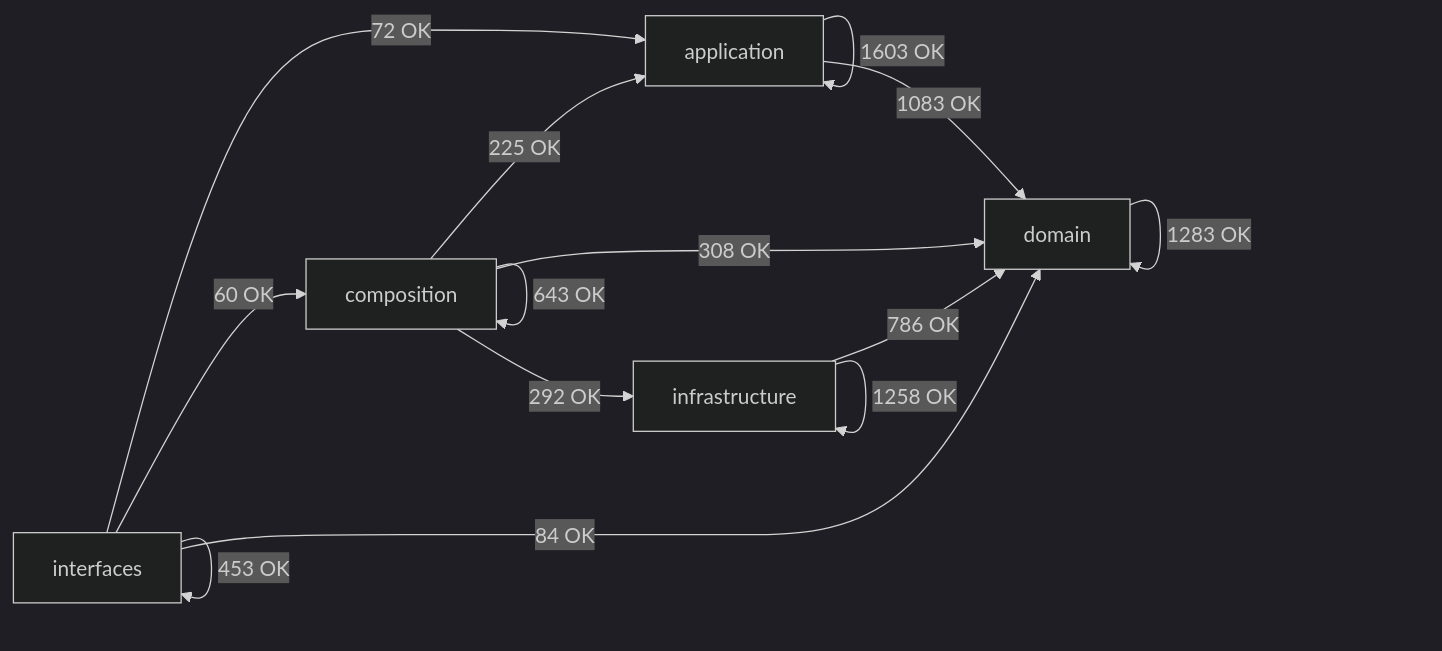
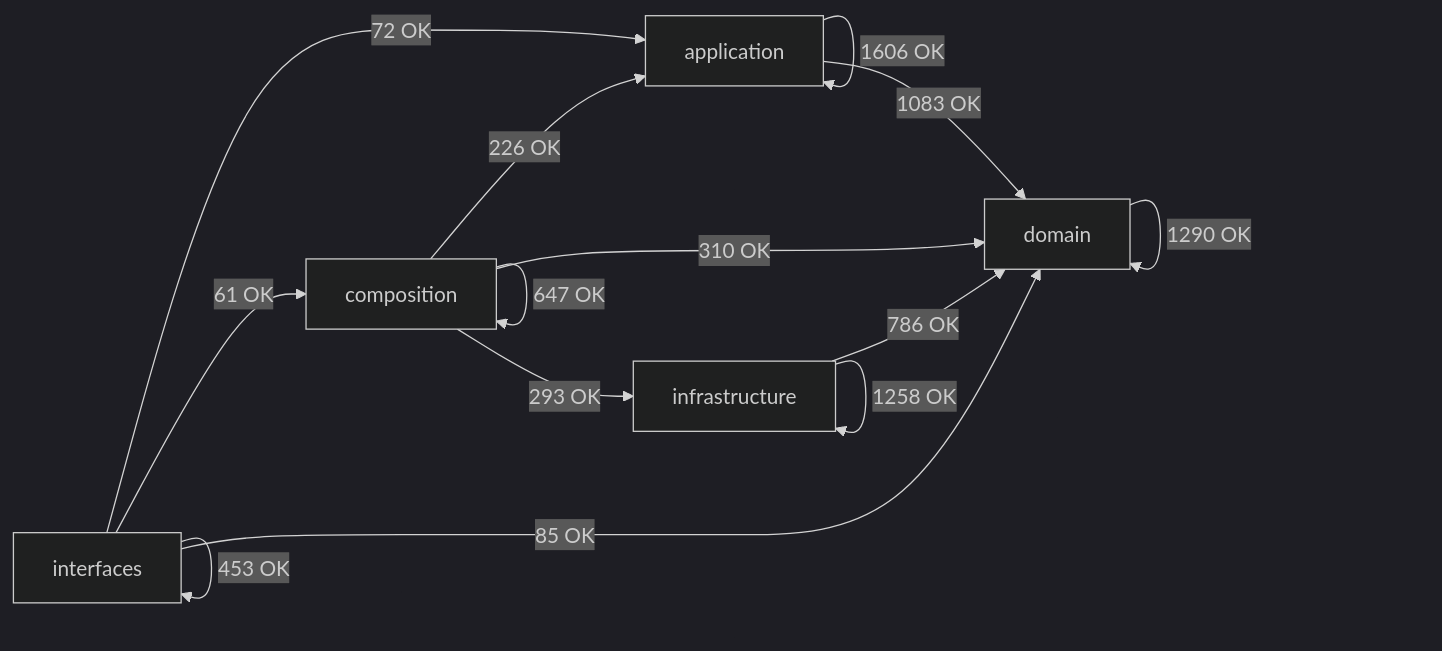
One commit to SatoryKono/BioactivityDataAcquisition changed the diagram in docs/02-architecture/generated/module-dependency-map.md. Above: the diagram before and after it, drawn with Mermaid (dark theme). The commit also changed other lines of this file and 204 other files, not shown here.

First line of the commit message:
fix(architecture): pass policy data and own layer seams explicitly (#12083)

````diff
--- a/docs/02-architecture/generated/module-dependency-map.md
+++ b/docs/02-architecture/generated/module-dependency-map.md
@@ -17,21 +17,21 @@
 ```mermaid
 flowchart LR
     domain[domain]
     application[application]
     infrastructure[infrastructure]
     composition[composition]
     interfaces[interfaces]
-    application -->|1603 OK| application
+    application -->|1606 OK| application
     application -->|1083 OK| domain
-    composition -->|225 OK| application
-    composition -->|643 OK| composition
-    composition -->|308 OK| domain
-    composition -->|292 OK| infrastructure
-    domain -->|1283 OK| domain
+    composition -->|226 OK| application
+    composition -->|647 OK| composition
+    composition -->|310 OK| domain
+    composition -->|293 OK| infrastructure
+    domain -->|1290 OK| domain
     infrastructure -->|786 OK| domain
     infrastructure -->|1258 OK| infrastructure
     interfaces -->|72 OK| application
-    interfaces -->|60 OK| composition
-    interfaces -->|84 OK| domain
+    interfaces -->|61 OK| composition
+    interfaces -->|85 OK| domain
     interfaces -->|453 OK| interfaces
 ```
````
